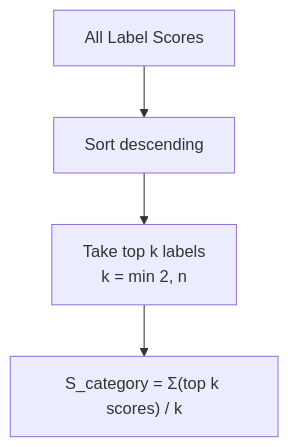
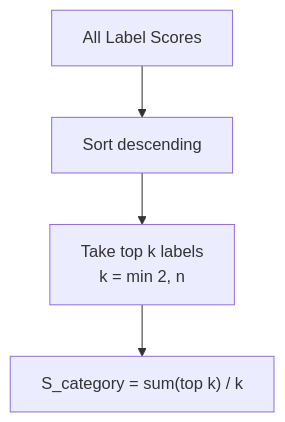
One commit to aacebo/loom changed the third of 7 diagrams in libs/merc-engine/ALGO.md. Above: the diagram before and after it, drawn with Mermaid. The commit also changed other lines of this file and 5 other files, not shown here.

````diff
--- a/libs/merc-engine/ALGO.md
+++ b/libs/merc-engine/ALGO.md
@@ -101,6 +101,6 @@
 ```mermaid
 flowchart TD
     A[All Label Scores] --> B[Sort descending]
     B --> C[Take top k labels<br/>k = min 2, n]
-    C --> D["S_category = Σ(top k scores) / k"]
+    C --> D["S_category = sum(top k) / k"]
 ```
````
